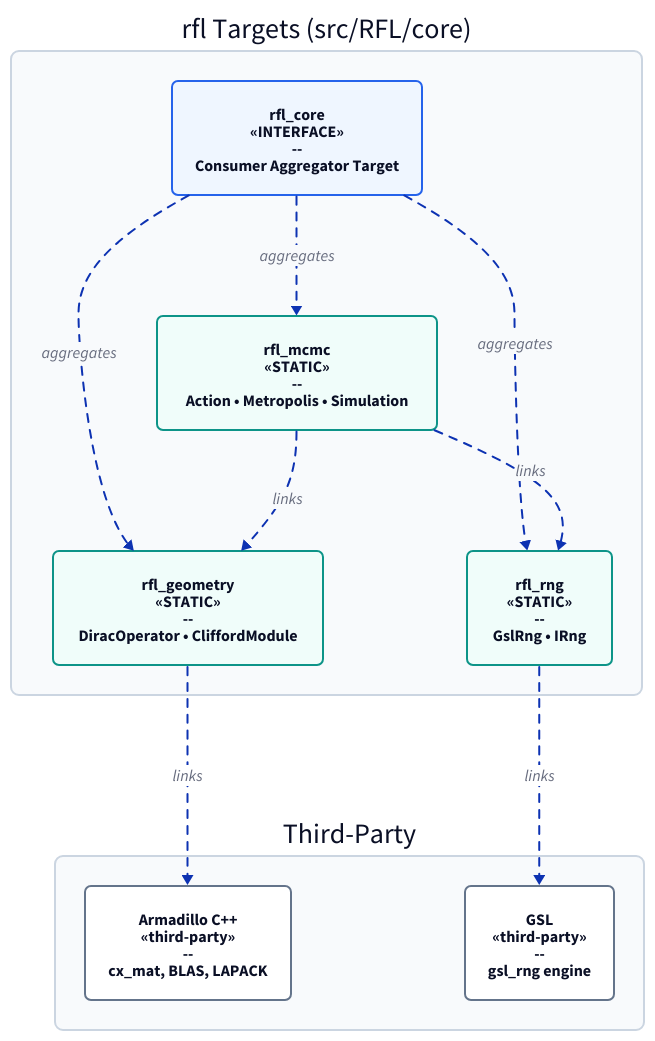
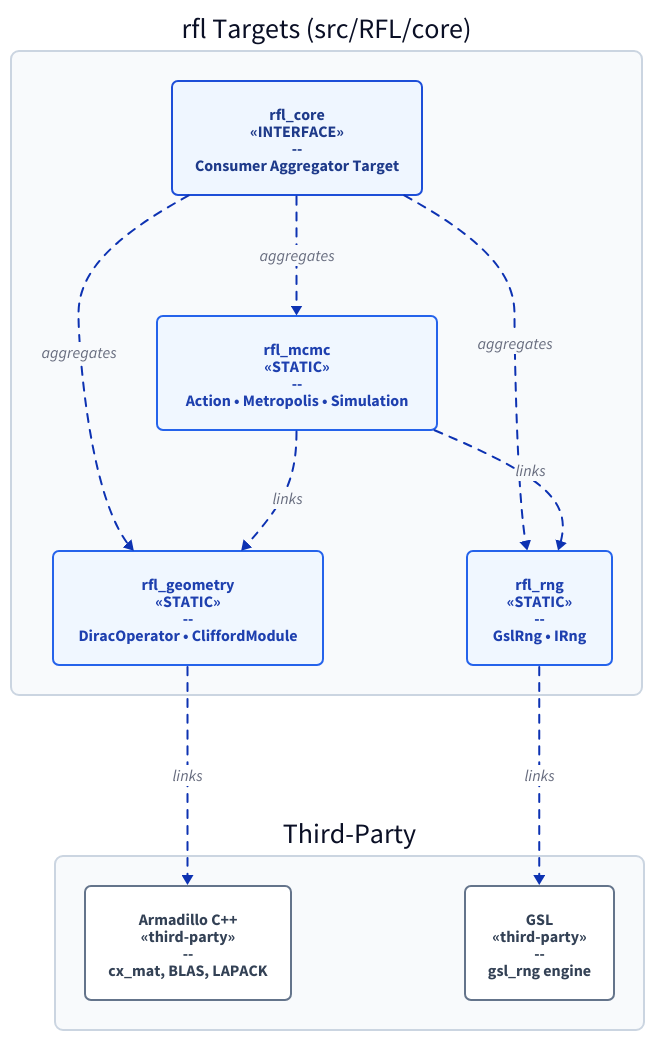
The diagram in docs/images/cmake_targets.d2 (pauldruce/RFL), drawn with D2 before and after one commit. The commit also changed 3 other files, not shown here.

Commit message:
docs(ep-3): update PlantUML and D2 architecture diagrams to C4 color palette

```diff
--- a/docs/images/cmake_targets.d2
+++ b/docs/images/cmake_targets.d2
@@ -1,86 +1,92 @@
-# RFL Modular CMake Target Architecture
+# RFL Modular CMake Target Architecture (C4 Model Palette)
 # Regenerate SVG: d2 --layout=elk cmake_targets.d2 cmake_targets_d2.svg
 
 direction: down
 
 rfl_targets: "rfl Targets (src/RFL/core)" {
   style: {
     fill: "#f8fafc"
     stroke: "#cbd5e1"
     stroke-width: 2
     border-radius: 8
   }
 
   core: "rfl_core\n«INTERFACE»\n--\nConsumer Aggregator Target" {
     style: {
       fill: "#eff6ff"
-      stroke: "#2563eb"
+      stroke: "#1d4ed8"
       stroke-width: 2
       border-radius: 6
+      font-color: "#1e3a8a"
     }
   }
 
   mcmc: "rfl_mcmc\n«STATIC»\n--\nAction • Metropolis • Simulation" {
     style: {
-      fill: "#f0fdfa"
-      stroke: "#0d9488"
+      fill: "#f0f7ff"
+      stroke: "#2563eb"
       stroke-width: 2
       border-radius: 6
+      font-color: "#1e40af"
     }
   }
 
   geom: "rfl_geometry\n«STATIC»\n--\nDiracOperator • CliffordModule" {
     style: {
-      fill: "#f0fdfa"
-      stroke: "#0d9488"
+      fill: "#f0f7ff"
+      stroke: "#2563eb"
       stroke-width: 2
       border-radius: 6
+      font-color: "#1e40af"
     }
   }
 
   rng: "rfl_rng\n«STATIC»\n--\nGslRng • IRng" {
     style: {
-      fill: "#f0fdfa"
-      stroke: "#0d9488"
+      fill: "#f0f7ff"
+      stroke: "#2563eb"
       stroke-width: 2
       border-radius: 6
+      font-color: "#1e40af"
     }
   }
 
   core -> mcmc: aggregates { style.stroke-dash: 4 }
   core -> geom: aggregates { style.stroke-dash: 4 }
   core -> rng: aggregates { style.stroke-dash: 4 }
 
   mcmc -> geom: links { style.stroke-dash: 4 }
   mcmc -> rng: links { style.stroke-dash: 4 }
 }
 
 external: "Third-Party" {
   style: {
     fill: "#f8fafc"
     stroke: "#cbd5e1"
     stroke-width: 2
     border-radius: 8
   }
 
   arma: "Armadillo C++\n«third-party»\n--\ncx_mat, BLAS, LAPACK" {
     style: {
       fill: "#ffffff"
       stroke: "#64748b"
       stroke-width: 2
       border-radius: 6
+      font-color: "#334155"
     }
   }
 
   gsl: "GSL\n«third-party»\n--\ngsl_rng engine" {
     style: {
       fill: "#ffffff"
       stroke: "#64748b"
       stroke-width: 2
       border-radius: 6
+      font-color: "#334155"
     }
   }
 }
 
 rfl_targets.geom -> external.arma: links { style.stroke-dash: 4 }
 rfl_targets.rng -> external.gsl: links { style.stroke-dash: 4 }
```
